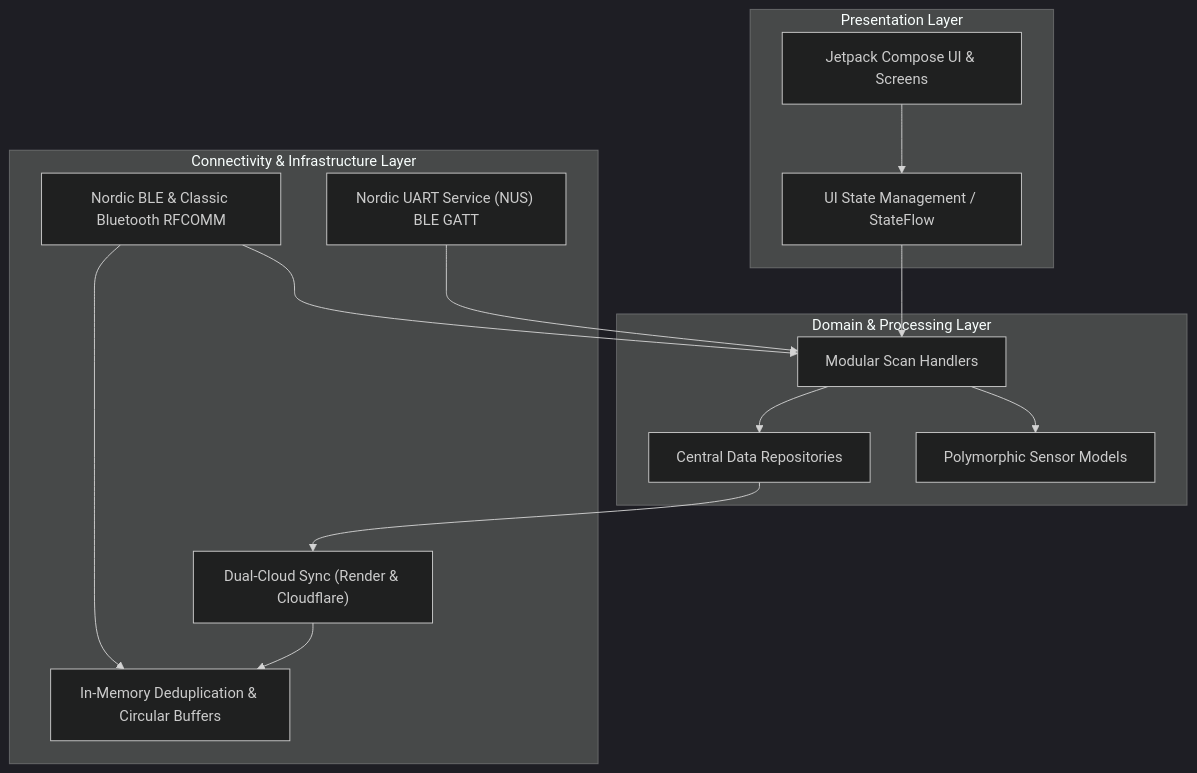
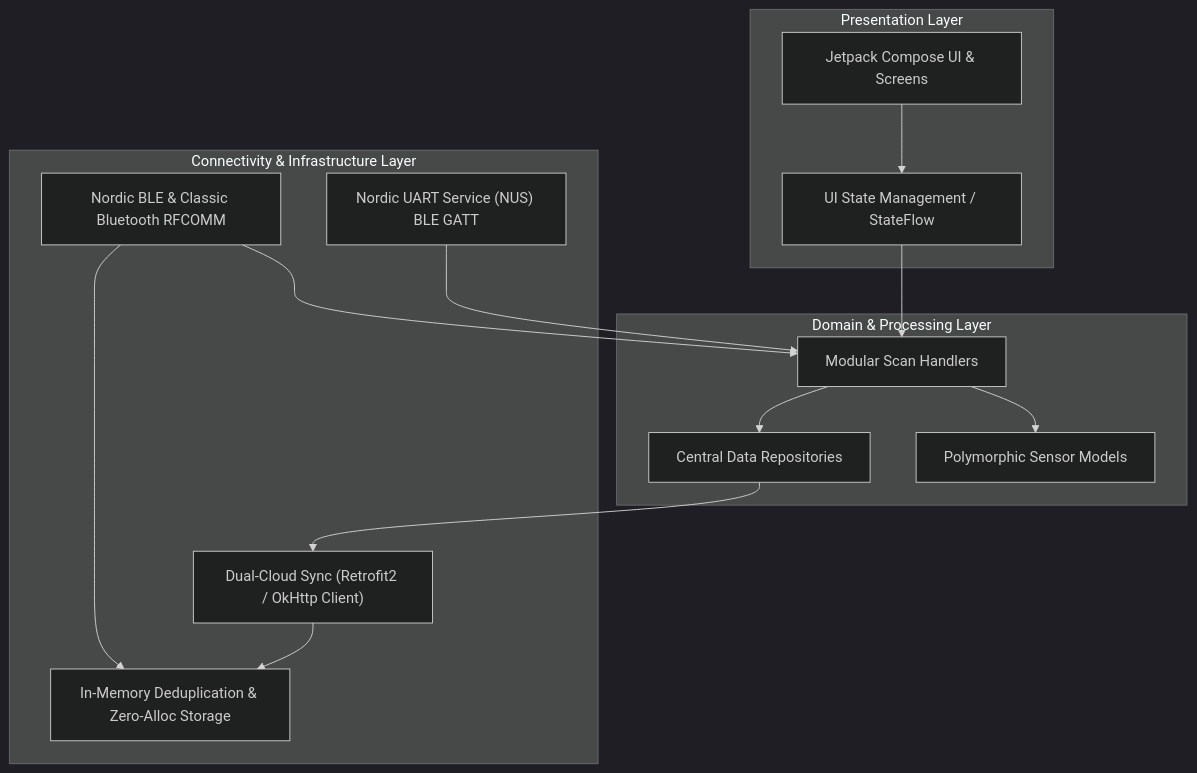
The first of 3 diagrams in README.md (sksuman14/BLE_Sense_App), drawn with Mermaid (dark theme) before and after one commit. The commit also changed other lines of this file and 5 other files, not shown here.

````diff
--- a/README.md
+++ b/README.md
@@ -80,31 +83,31 @@
 ```mermaid
 graph TD
     subgraph UI_Layer ["Presentation Layer"]
         View["Jetpack Compose UI & Screens"]
         ViewModel["UI State Management / StateFlow"]
     end
 
     subgraph Domain_Layer ["Domain & Processing Layer"]
         Repository["Central Data Repositories"]
         Model["Polymorphic Sensor Models"]
         Handlers["Modular Scan Handlers"]
     end
 
     subgraph Infra_Layer ["Connectivity & Infrastructure Layer"]
         BLE["Nordic BLE & Classic Bluetooth RFCOMM"]
         GATT["Nordic UART Service (NUS) BLE GATT"]
-        API["Dual-Cloud Sync (Render & Cloudflare)"]
-        Util["In-Memory Deduplication & Circular Buffers"]
+        API["Dual-Cloud Sync (Retrofit2 / OkHttp Client)"]
+        Util["In-Memory Deduplication & Zero-Alloc Storage"]
     end
 
     %% Dependency & Data Flow
     View --> ViewModel
     ViewModel --> Handlers
     Handlers --> Model
     Handlers --> Repository
     Repository --> API
     BLE --> Handlers
     GATT --> Handlers
     API --> Util
     BLE --> Util
 ```
````
